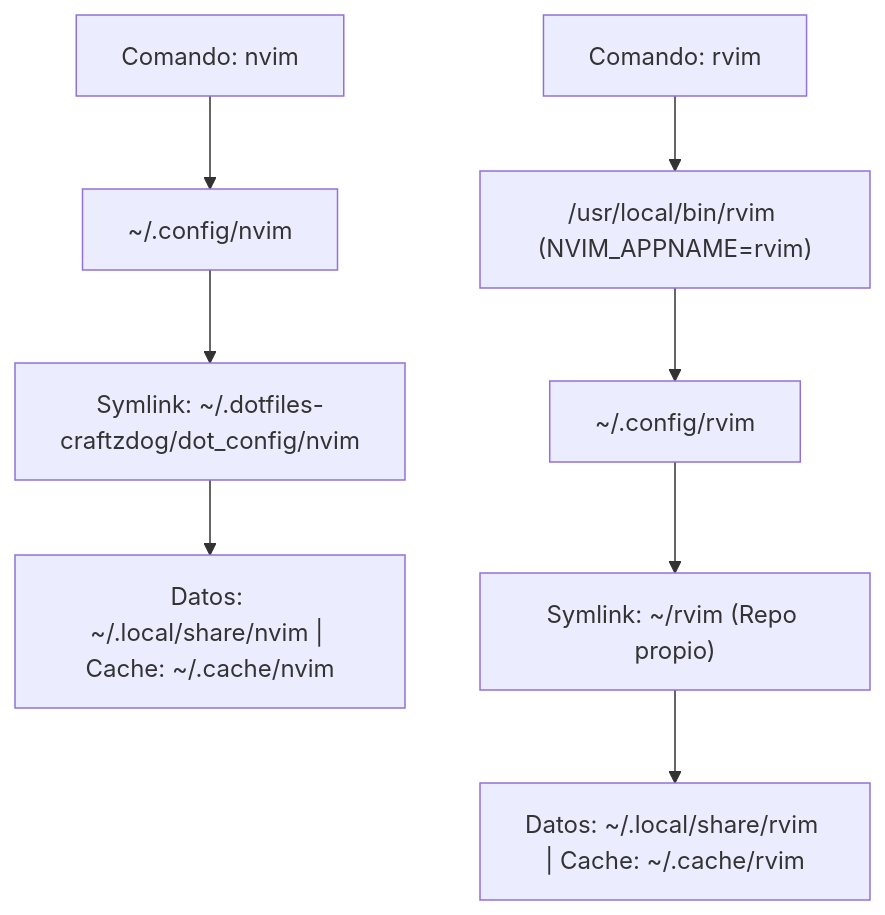
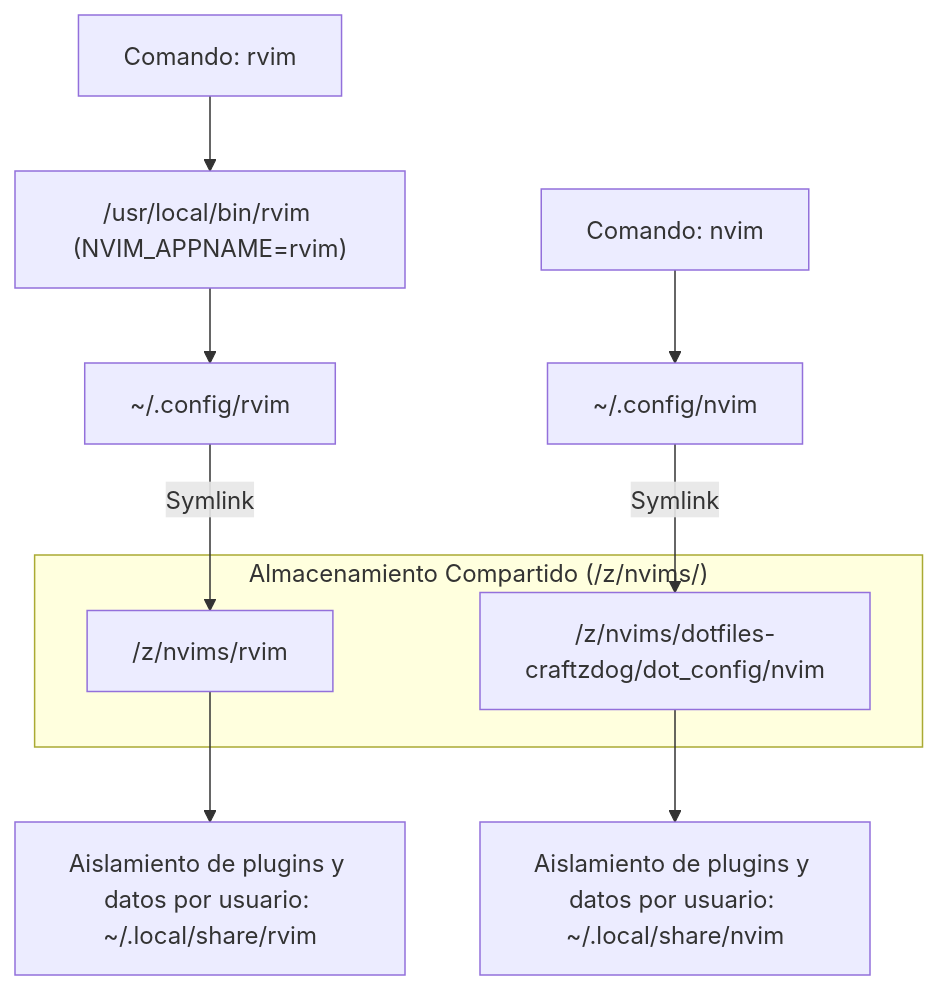
The diagram in 02 - Personalizacion y Apariencia/02.6 - Configuracion Dual de Neovim (Craftzdog y rvim).md (robert-flo/PJ-NIRI-rf-omarchy-playbooks), drawn with Mermaid before and after one commit. The commit also changed other lines of this file and 2 other files, not shown here.

Commit message:
refactor(neovim): centralizar repositorios en almacenamiento compartido /z/nvims

````diff
--- a/02 - Personalizacion y Apariencia/02.6 - Configuracion Dual de Neovim (Craftzdog y rvim).md
+++ b/02 - Personalizacion y Apariencia/02.6 - Configuracion Dual de Neovim (Craftzdog y rvim).md
@@ -35,11 +37,16 @@
 ```mermaid
 flowchart TD
+    subgraph Shared["Almacenamiento Compartido (/z/nvims/)"]
+        CraftzRepo["/z/nvims/dotfiles-craftzdog/dot_config/nvim"]
+        RvimRepo["/z/nvims/rvim"]
+    end
+    
     UserCmdNvim["Comando: nvim"] --> NvimConf["~/.config/nvim"]
-    NvimConf --> SymlinkCraftz["Symlink: ~/.dotfiles-craftzdog/dot_config/nvim"]
-    SymlinkCraftz --> StateNvim["Datos: ~/.local/share/nvim | Cache: ~/.cache/nvim"]
+    NvimConf -->|Symlink| CraftzRepo
+    CraftzRepo --> StateNvim["Aislamiento de plugins y datos por usuario: ~/.local/share/nvim"]
     
     UserCmdRvim["Comando: rvim"] --> RvimBin["/usr/local/bin/rvim (NVIM_APPNAME=rvim)"]
     RvimBin --> RvimConf["~/.config/rvim"]
-    RvimConf --> SymlinkRvim["Symlink: ~/rvim (Repo propio)"]
-    SymlinkRvim --> StateRvim["Datos: ~/.local/share/rvim | Cache: ~/.cache/rvim"]
+    RvimConf -->|Symlink| RvimRepo
+    RvimRepo --> StateRvim["Aislamiento de plugins y datos por usuario: ~/.local/share/rvim"]
 ```
````
